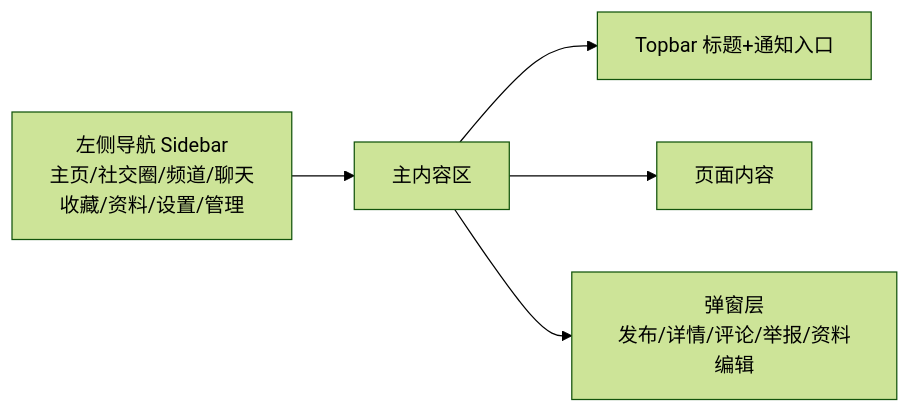
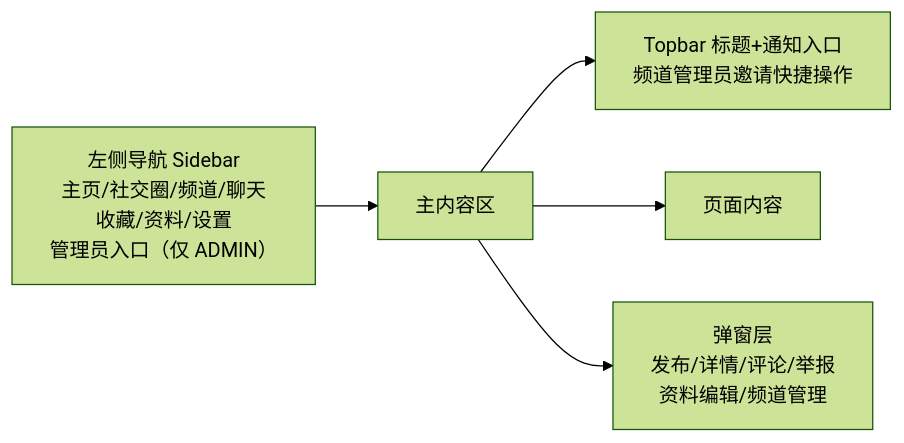
Before and after one commit to oliviawxx/whucircle: diagram 17 of 18 in docs/系统设计说明书.md, drawn with Mermaid (forest theme). The commit also changed other lines of this file and 13 other files, not shown here.

````diff
--- a/docs/系统设计说明书.md
+++ b/docs/系统设计说明书.md
@@ -743,7 +877,7 @@
 ```mermaid
 flowchart LR
-    SIDEBAR["左侧导航 Sidebar<br/>主页/社交圈/频道/聊天<br/>收藏/资料/设置/管理"] --> CONTENT["主内容区"]
-    CONTENT --> TOPBAR["Topbar 标题+通知入口"]
+    SIDEBAR["左侧导航 Sidebar<br/>主页/社交圈/频道/聊天<br/>收藏/资料/设置<br/>管理员入口（仅 ADMIN）"] --> CONTENT["主内容区"]
+    CONTENT --> TOPBAR["Topbar 标题+通知入口<br/>频道管理员邀请快捷操作"]
     CONTENT --> PAGE["页面内容"]
-    CONTENT --> MODAL["弹窗层<br/>发布/详情/评论/举报/资料编辑"]
+    CONTENT --> MODAL["弹窗层<br/>发布/详情/评论/举报<br/>资料编辑/频道管理"]
 ```
````
